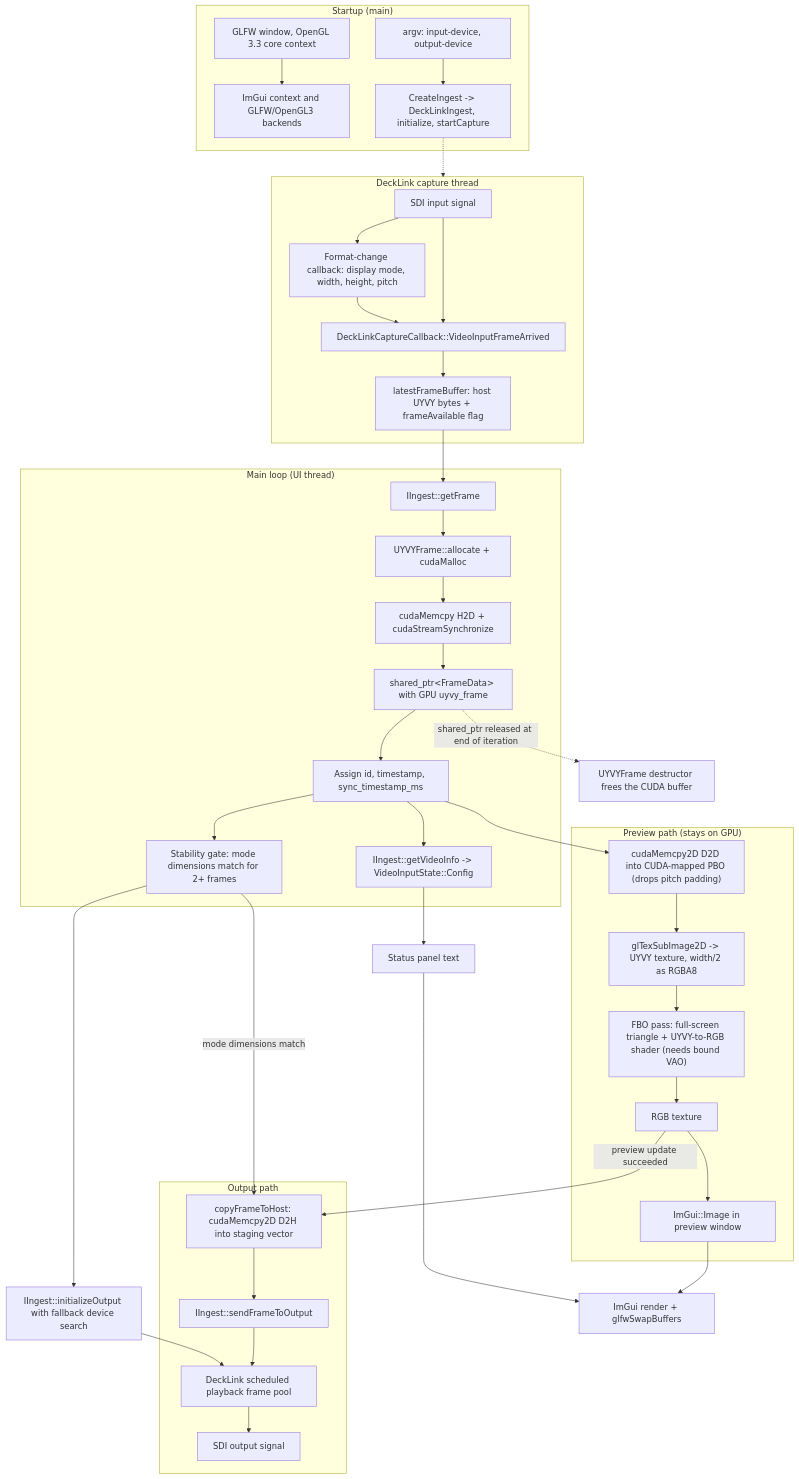
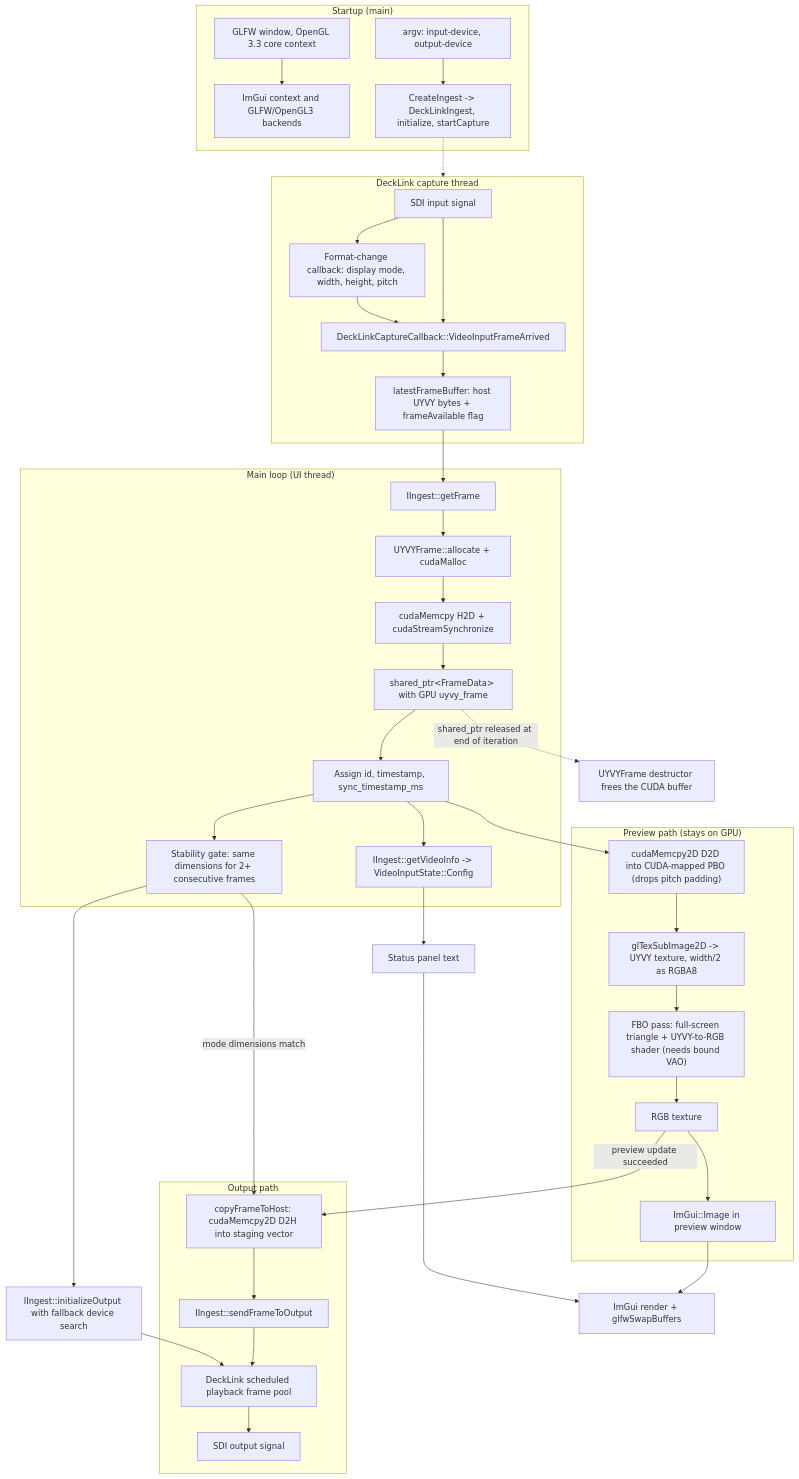
The diagram in ARCHITECTURE.md (shivamp-quidich/Television), drawn with Mermaid before and after one commit. The commit also changed other lines of this file and 2 other files, not shown here.

````diff
--- a/ARCHITECTURE.md
+++ b/ARCHITECTURE.md
@@ -12,62 +12,62 @@
 ```mermaid
 flowchart TB
     subgraph startup["Startup (main)"]
         args["argv: input-device, output-device"]
         glfw["GLFW window, OpenGL 3.3 core context"]
         imgui["ImGui context and GLFW/OpenGL3 backends"]
         create["CreateIngest -> DeckLinkIngest, initialize, startCapture"]
         args --> create
         glfw --> imgui
     end
 
     subgraph capture["DeckLink capture thread"]
         sdi_in["SDI input signal"]
         cb["DeckLinkCaptureCallback::VideoInputFrameArrived"]
         modes["Format-change callback: display mode, width, height, pitch"]
         host["latestFrameBuffer: host UYVY bytes + frameAvailable flag"]
         sdi_in --> cb --> host
         sdi_in --> modes --> cb
     end
 
     subgraph mainloop["Main loop (UI thread)"]
         get["IIngest::getFrame"]
         alloc["UYVYFrame::allocate + cudaMalloc"]
         h2d["cudaMemcpy H2D + cudaStreamSynchronize"]
         fd["shared_ptr&lt;FrameData&gt; with GPU uyvy_frame"]
         meta["Assign id, timestamp, sync_timestamp_ms"]
         info["IIngest::getVideoInfo -> VideoInputState::Config"]
-        gate["Stability gate: mode dimensions match for 2+ frames"]
+        gate["Stability gate: same dimensions for 2+ consecutive frames"]
         get --> alloc --> h2d --> fd --> meta
         meta --> info
         meta --> gate
     end
 
     subgraph previewpath["Preview path (stays on GPU)"]
         d2d["cudaMemcpy2D D2D into CUDA-mapped PBO (drops pitch padding)"]
         tex_uyvy["glTexSubImage2D -> UYVY texture, width/2 as RGBA8"]
         draw["FBO pass: full-screen triangle + UYVY-to-RGB shader (needs bound VAO)"]
         tex_rgb["RGB texture"]
         image["ImGui::Image in preview window"]
         d2d --> tex_uyvy --> draw --> tex_rgb --> image
     end
 
     subgraph outputpath["Output path"]
         d2h["copyFrameToHost: cudaMemcpy2D D2H into staging vector"]
         send["IIngest::sendFrameToOutput"]
         sched["DeckLink scheduled playback frame pool"]
         sdi_out["SDI output signal"]
         d2h --> send --> sched --> sdi_out
     end
 
     create -.-> capture
     host --> get
     meta --> d2d
     gate --> initout["IIngest::initializeOutput with fallback device search"]
     initout --> sched
     gate -->|"mode dimensions match"| d2h
     tex_rgb -->|"preview update succeeded"| d2h
     info --> statuspanel["Status panel text"]
     image --> swap["ImGui render + glfwSwapBuffers"]
     statuspanel --> swap
     fd -.->|"shared_ptr released at end of iteration"| free["UYVYFrame destructor frees the CUDA buffer"]
 ```
````
